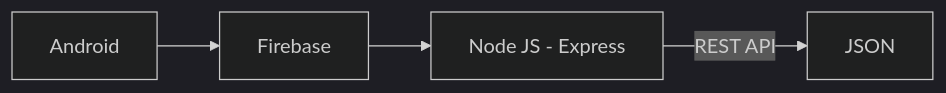
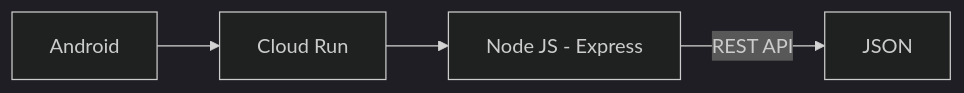
One commit to AlbertusAlanMehetabel/JelaJava changed the diagram in README.md. Above: the diagram before and after it, drawn with Mermaid (dark theme). The commit also changed other lines of this file, not shown here.

````diff
--- a/README.md
+++ b/README.md
@@ -12,6 +30,6 @@
 ```mermaid
 graph LR
-A[Android] --> B[Firebase]
+A[Android] --> B[Cloud Run]
 B --> C[Node JS - Express]
 C -- REST API --> D[JSON]
 ```
````
